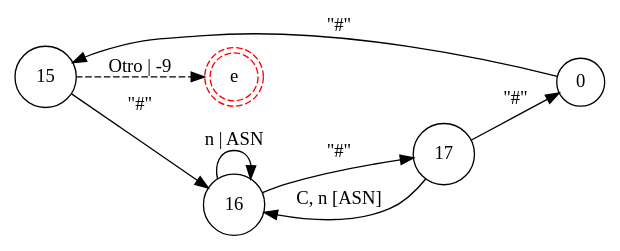
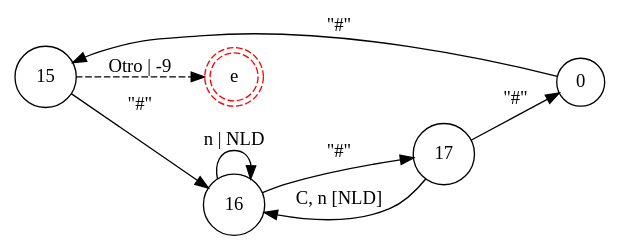
One commit to iroumec/RouVel-Compiler changed the diagram in resources/diagrams/graphs/comments.dot. Above: the diagram before and after it, drawn with Graphviz. The commit also changed 29 other files, not shown here.

```diff
--- a/resources/diagrams/graphs/comments.dot
+++ b/resources/diagrams/graphs/comments.dot
@@ -1,13 +1,13 @@
 digraph DFA {
     rankdir = LR;
     node [shape = circle;];
     eC [shape = doublecircle;style = dashed;color = red;label = "e";];
     
     0 -> 15 [label = "\"#\"";];
     15 -> eC [label = "Otro | -9"; style = dashed;];
     15 -> 16 [label = "\"#\"";];
-    16 -> 16 [label = "n | ASN";];
+    16 -> 16 [label = "n | NLD";];
     16 -> 17 [label = "\"#\"";];
-    17 -> 16 [label = "C, n [ASN]";];
+    17 -> 16 [label = "C, n [NLD]";];
     17 -> 0 [label = "\"#\"";];
 }
```
